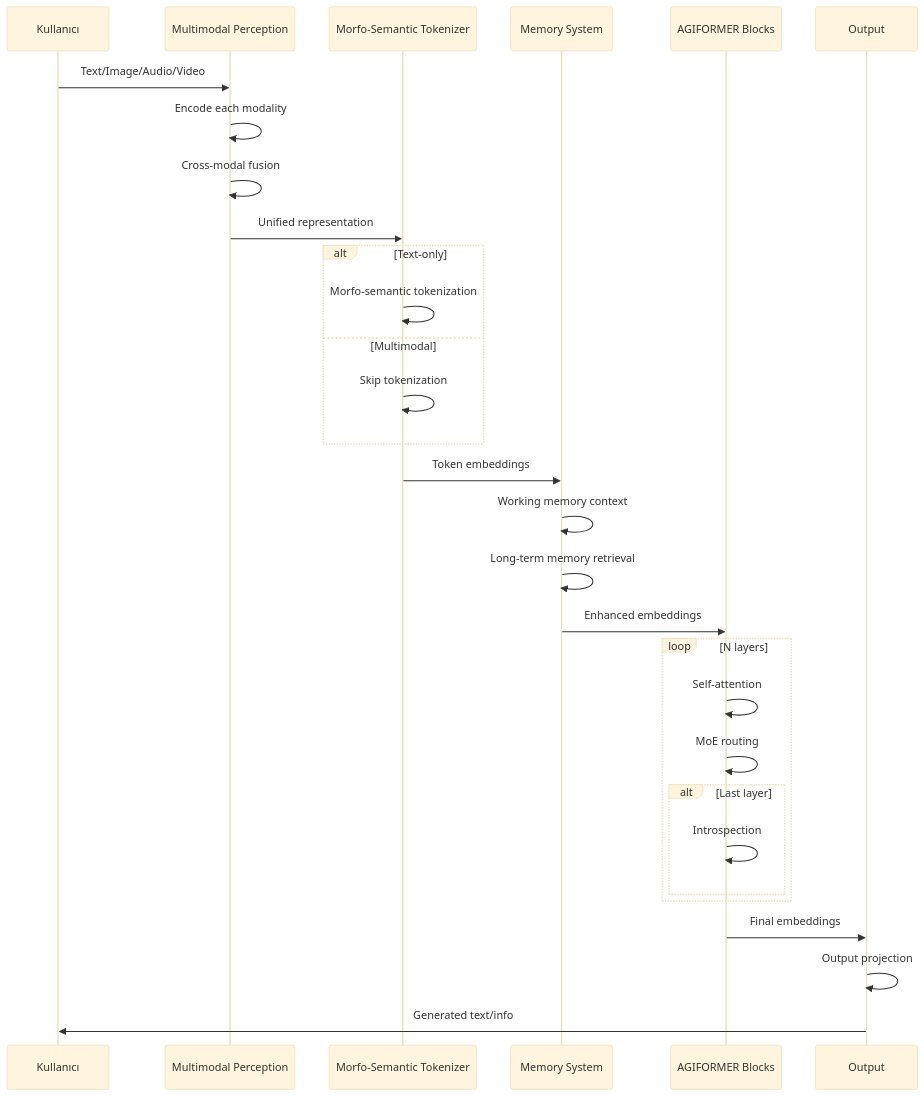
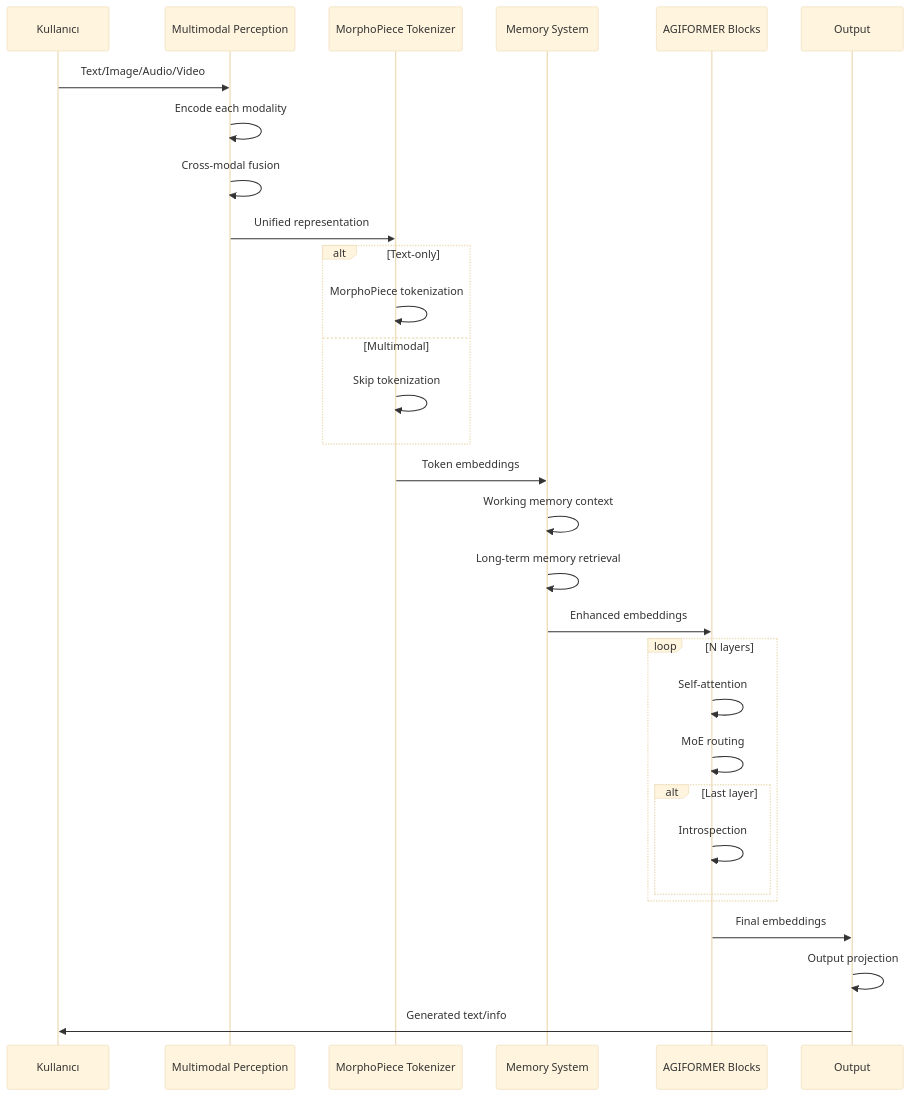
One commit to inkbytefo/agiformer_a changed the eighth of 9 diagrams in AGIFORMER_ARCHITECTURE_DIAGRAMS.md. Above: the diagram before and after it, drawn with Mermaid (base theme). The commit also changed other lines of this file and 35 other files, not shown here.

First line of the commit message:
feat: Add MorphoPiece tokenizer training script and pytest fixtures

````diff
--- a/AGIFORMER_ARCHITECTURE_DIAGRAMS.md
+++ b/AGIFORMER_ARCHITECTURE_DIAGRAMS.md
@@ -265,38 +265,38 @@
 ```mermaid
 sequenceDiagram
     participant User as Kullanıcı
     participant MP as Multimodal Perception
-    participant MS as Morfo-Semantic Tokenizer
+    participant MS as MorphoPiece Tokenizer
     participant MEM as Memory System
     participant BLOCK as AGIFORMER Blocks
     participant OUT as Output
     
     User->>MP: Text/Image/Audio/Video
     MP->>MP: Encode each modality
     MP->>MP: Cross-modal fusion
     MP->>MS: Unified representation
     
     alt Text-only
-        MS->>MS: Morfo-semantic tokenization
+        MS->>MS: MorphoPiece tokenization
     else Multimodal
         MS->>MS: Skip tokenization
     end
     
     MS->>MEM: Token embeddings
     MEM->>MEM: Working memory context
     MEM->>MEM: Long-term memory retrieval
     MEM->>BLOCK: Enhanced embeddings
     
     loop N layers
         BLOCK->>BLOCK: Self-attention
         BLOCK->>BLOCK: MoE routing
         
         alt Last layer
             BLOCK->>BLOCK: Introspection
         end
     end
     
     BLOCK->>OUT: Final embeddings
     OUT->>OUT: Output projection
     OUT->>User: Generated text/info
 ```
````
